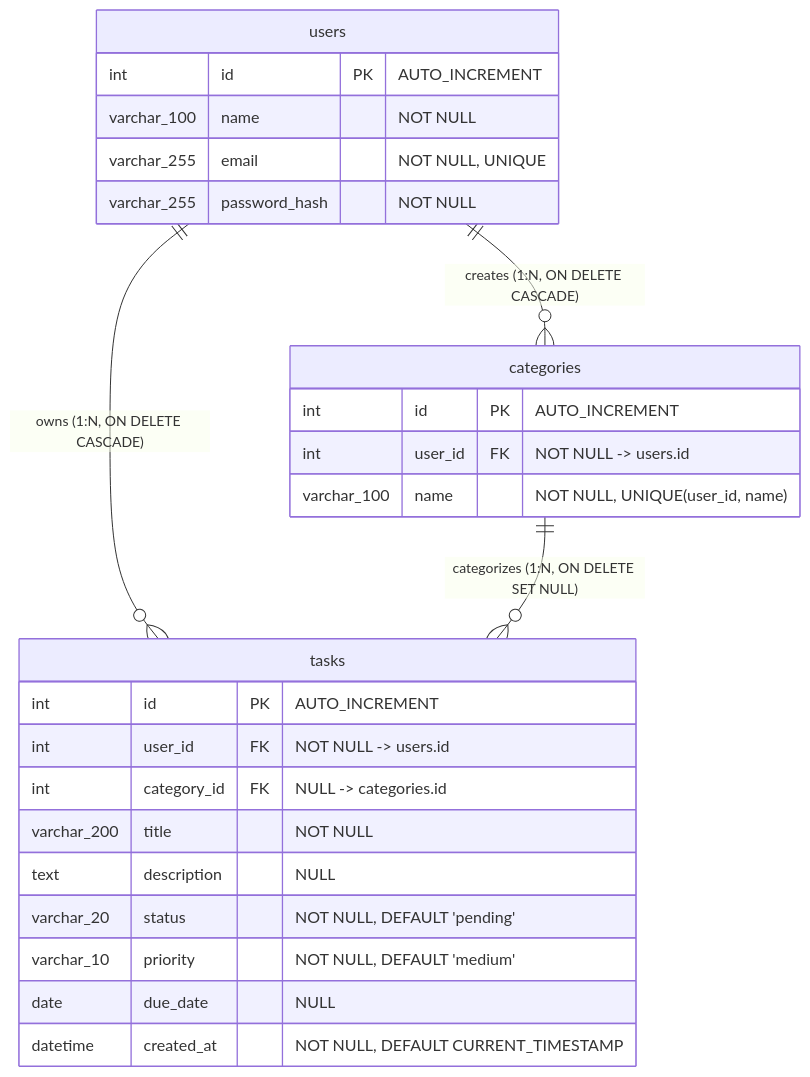
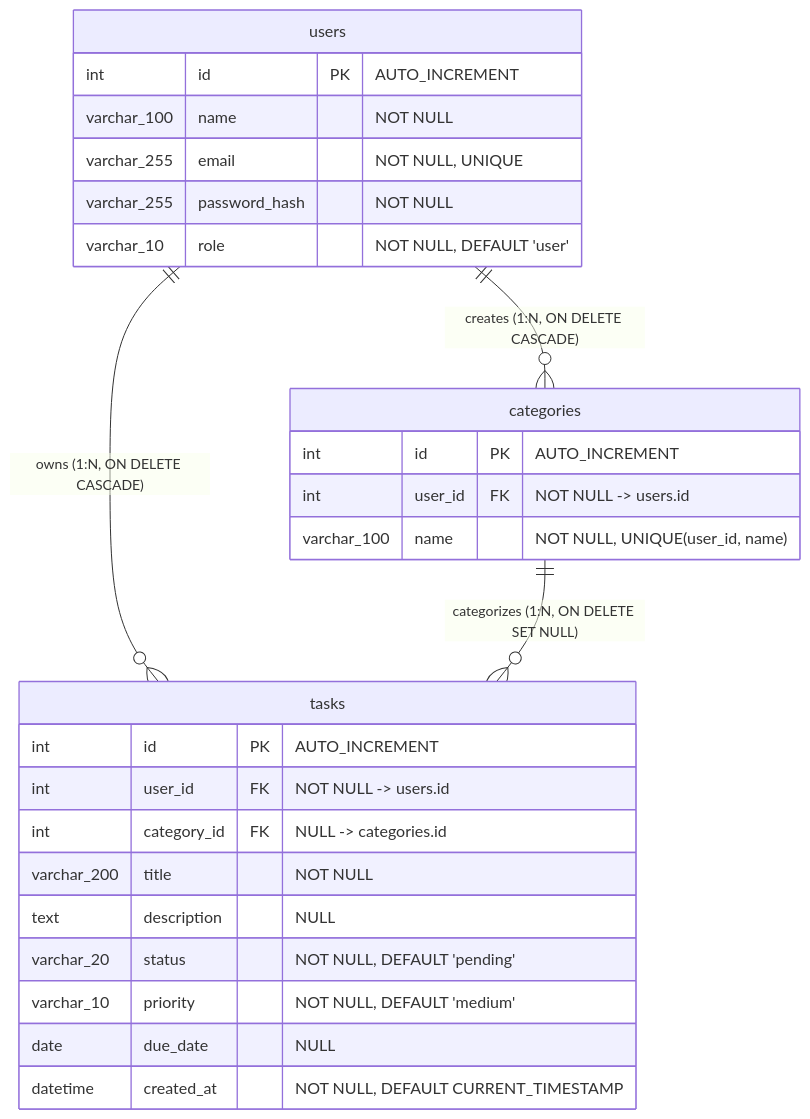
The diagram in database/README.md (prem-03829/to-do-application-grp18), drawn with Mermaid before and after one commit. The commit also changed other lines of this file and 9 other files, not shown here.

````diff
--- a/database/README.md
+++ b/database/README.md
@@ -64,31 +69,32 @@
 ```mermaid
 erDiagram
     users ||--o{ categories : "creates (1:N, ON DELETE CASCADE)"
     users ||--o{ tasks : "owns (1:N, ON DELETE CASCADE)"
     categories ||--o{ tasks : "categorizes (1:N, ON DELETE SET NULL)"
 
     users {
         int id PK "AUTO_INCREMENT"
         varchar_100 name "NOT NULL"
         varchar_255 email "NOT NULL, UNIQUE"
         varchar_255 password_hash "NOT NULL"
+        varchar_10 role "NOT NULL, DEFAULT 'user'"
     }
 
     categories {
         int id PK "AUTO_INCREMENT"
         int user_id FK "NOT NULL -> users.id"
         varchar_100 name "NOT NULL, UNIQUE(user_id, name)"
     }
 
     tasks {
         int id PK "AUTO_INCREMENT"
         int user_id FK "NOT NULL -> users.id"
         int category_id FK "NULL -> categories.id"
         varchar_200 title "NOT NULL"
         text description "NULL"
         varchar_20 status "NOT NULL, DEFAULT 'pending'"
         varchar_10 priority "NOT NULL, DEFAULT 'medium'"
         date due_date "NULL"
         datetime created_at "NOT NULL, DEFAULT CURRENT_TIMESTAMP"
     }
 ```
````
